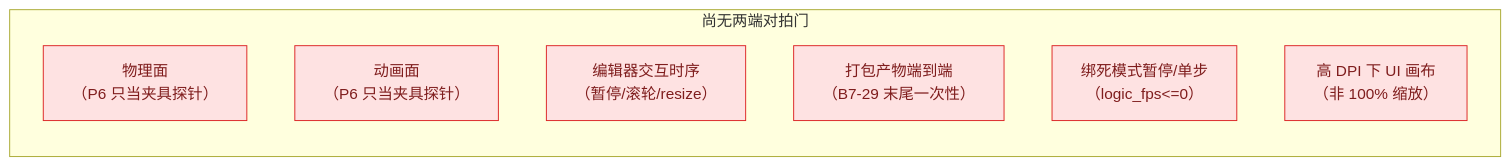
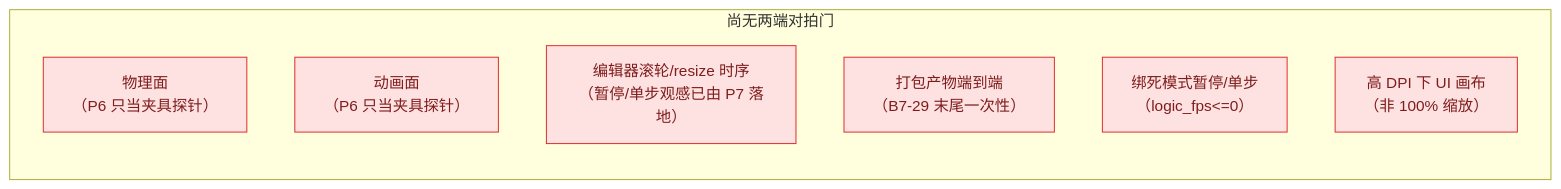
Diagram 23 of 23 in ARCHITECTURE.md (lhy302/WeaveEngine), drawn with Mermaid before and after one commit. The commit also changed other lines of this file and 9 other files, not shown here.

````diff
--- a/ARCHITECTURE.md
+++ b/ARCHITECTURE.md
@@ -1092,12 +1113,12 @@
 ```mermaid
 flowchart LR
   subgraph GAP["尚无两端对拍门"]
     N1["物理面<br/>（P6 只当夹具探针）"]:::gap
     N2["动画面<br/>（P6 只当夹具探针）"]:::gap
-    N3["编辑器交互时序<br/>（暂停/滚轮/resize）"]:::gap
+    N3["编辑器滚轮/resize 时序<br/>（暂停/单步观感已由 P7 落地）"]:::gap
     N4["打包产物端到端<br/>（B7-29 末尾一次性）"]:::gap
     N5["绑死模式暂停/单步<br/>（logic_fps<=0）"]:::gap
     N6["高 DPI 下 UI 画布<br/>（非 100% 缩放）"]:::gap
   end
   classDef gap fill:#fee2e2,stroke:#dc2626,color:#7f1d1d
 ```
````
